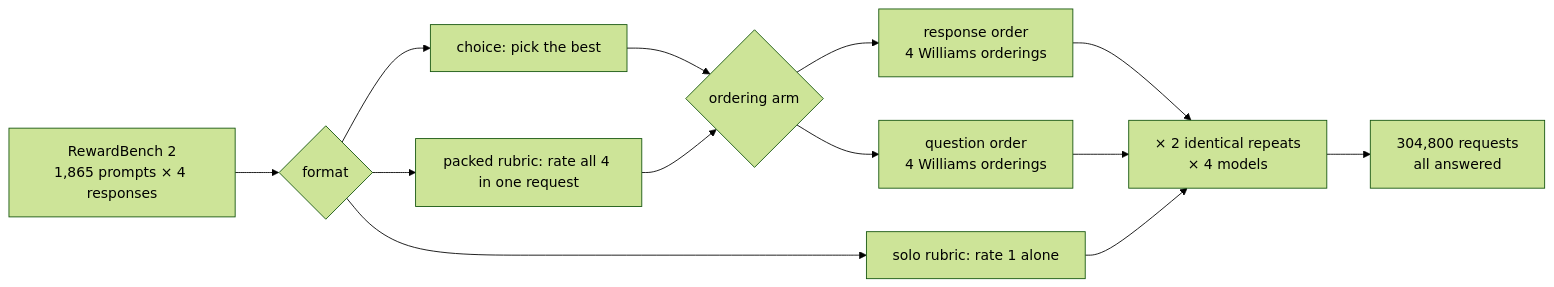
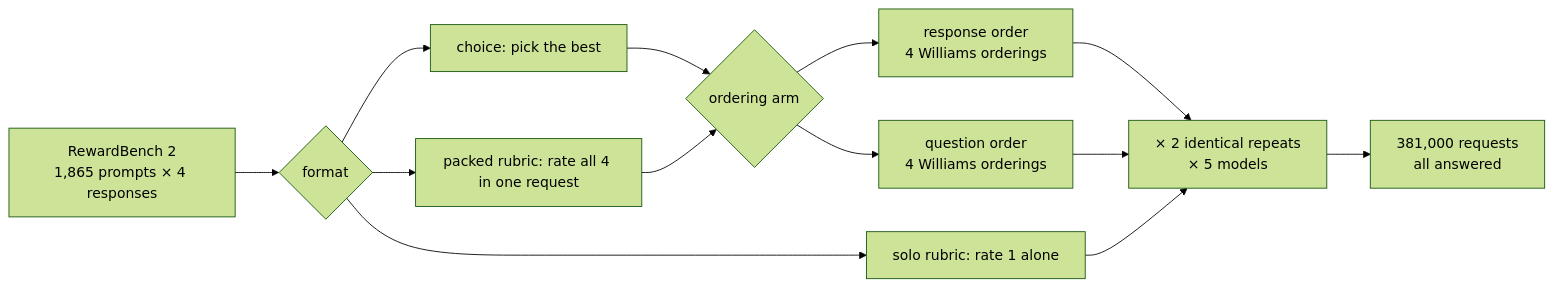
Before and after one commit to dorkitude/order-blind-decisions: the first of 3 diagrams in results/analysis.md, drawn with Mermaid (forest theme). The commit also changed other lines of this file and 12 other files, not shown here.

````diff
--- a/results/analysis.md
+++ b/results/analysis.md
@@ -27,15 +29,15 @@
 ```mermaid
 flowchart LR
     RB[RewardBench 2<br/>1,865 prompts × 4 responses] --> F{format}
     F --> C[choice: pick the best]
     F --> P[packed rubric: rate all 4 in one request]
     F --> S[solo rubric: rate 1 alone]
     C --> A{ordering arm}
     P --> A
     A --> H[response order<br/>4 Williams orderings]
     A --> Q[question order<br/>4 Williams orderings]
-    H --> X[× 2 identical repeats<br/>× 4 models]
+    H --> X[× 2 identical repeats<br/>× 5 models]
     Q --> X
     S --> X
-    X --> R[304,800 requests<br/>all answered]
+    X --> R[381,000 requests<br/>all answered]
 ```
````
